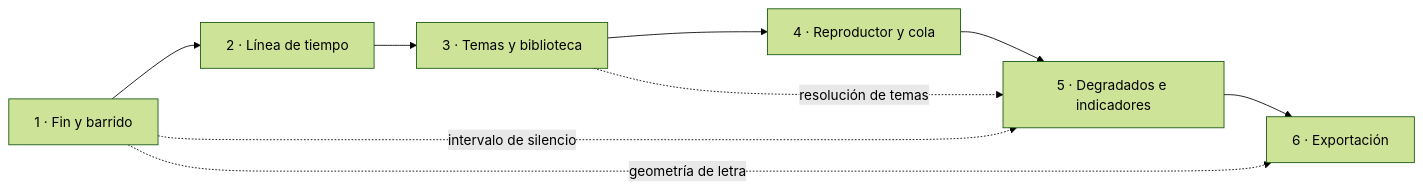
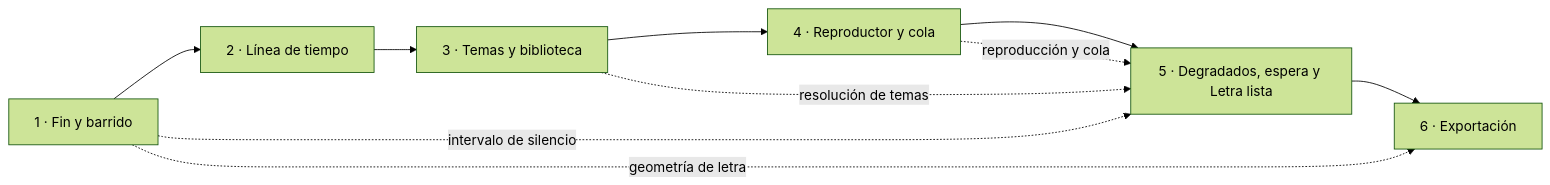
Before and after one commit to Gomonsoft/shinobi-karaoke: the diagram in docs/versiones/0.2.0/plan-2.md, drawn with Mermaid (forest theme). The commit also changed other lines of this file and 7 other files, not shown here.

````diff
--- a/docs/versiones/0.2.0/plan-2.md
+++ b/docs/versiones/0.2.0/plan-2.md
@@ -16,11 +16,12 @@
 ```mermaid
 flowchart LR
   F1["1 · Fin y barrido"] --> F2["2 · Línea de tiempo"]
   F2 --> F3["3 · Temas y biblioteca"]
   F3 --> F4["4 · Reproductor y cola"]
-  F4 --> F5["5 · Degradados e indicadores"]
+  F4 --> F5["5 · Degradados, espera y Letra lista"]
   F5 --> F6["6 · Exportación"]
   F1 -. "intervalo de silencio" .-> F5
   F3 -. "resolución de temas" .-> F5
   F1 -. "geometría de letra" .-> F6
+  F4 -. "reproducción y cola" .-> F5
 ```
````
